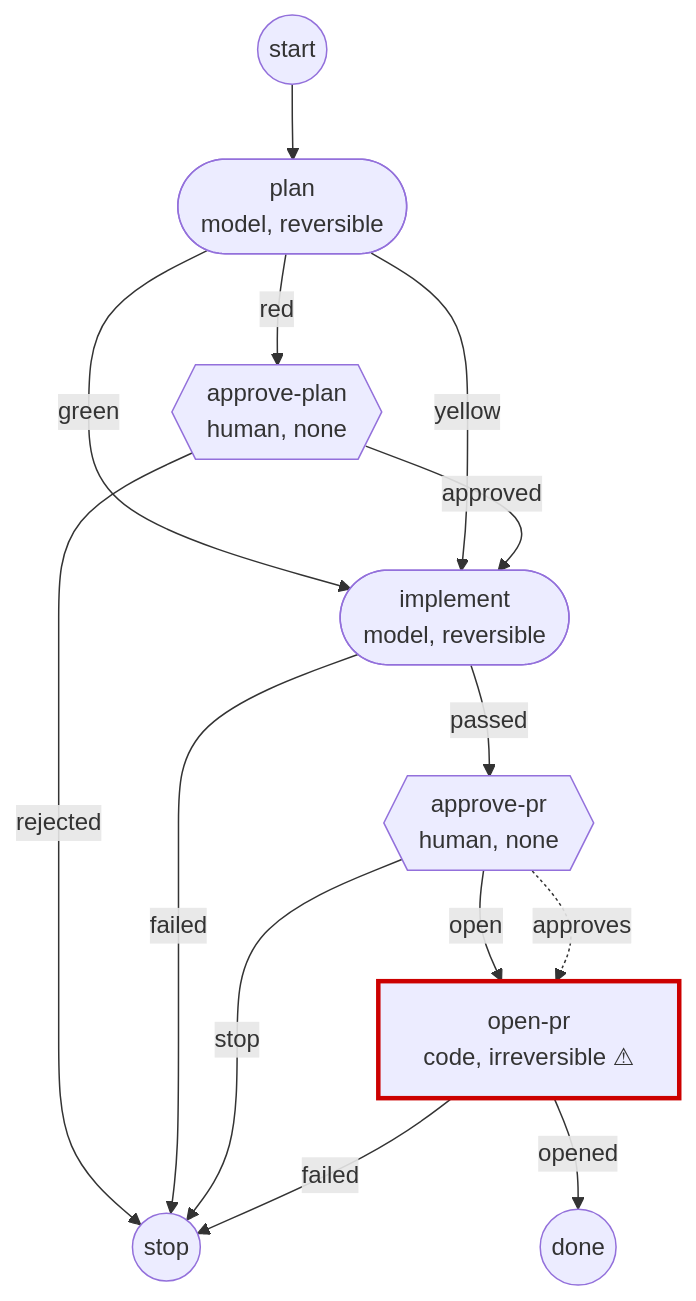
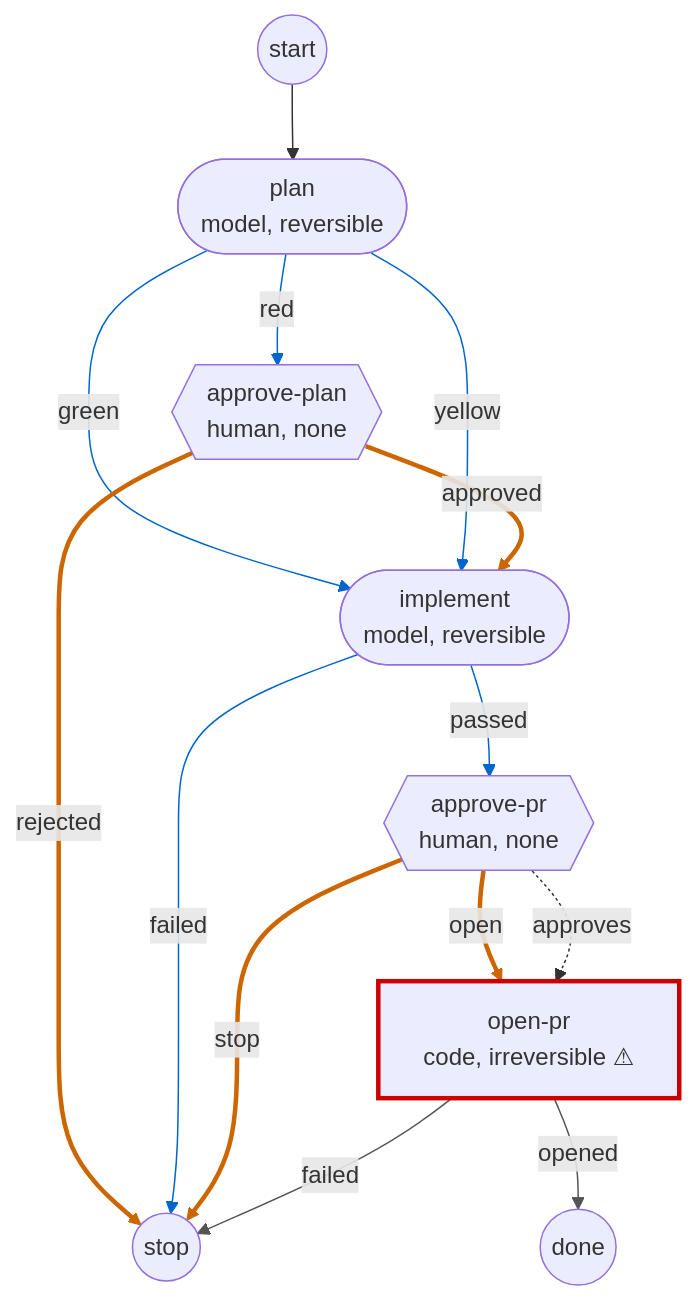
Before and after one commit to maxence-lefebvre/priory: the diagram in docs/prd.md, drawn with Mermaid. The commit also changed other lines of this file and 14 other files, not shown here.

````diff
--- a/docs/prd.md
+++ b/docs/prd.md
@@ -302,24 +303,27 @@
 ```mermaid
 flowchart TD
     classDef irreversible stroke:#c00,stroke-width:3px
     n0(["plan<br/>model, reversible"])
     n1{{"approve-plan<br/>human, none"}}
     n2(["implement<br/>model, reversible"])
     n3{{"approve-pr<br/>human, none"}}
     n4["open-pr<br/>code, irreversible ⚠"]:::irreversible
     done((done))
     stop((stop))
     start((start)) --> n0
     n0 -->|"green"| n2
     n0 -->|"red"| n1
     n0 -->|"yellow"| n2
     n1 -->|"approved"| n2
     n1 -->|"rejected"| stop
     n2 -->|"failed"| stop
     n2 -->|"passed"| n3
     n3 -->|"open"| n4
     n3 -->|"stop"| stop
     n3 -.->|approves| n4
     n4 -->|"failed"| stop
     n4 -->|"opened"| done
+    linkStyle 11,12 stroke:#555
+    linkStyle 1,2,3,6,7 stroke:#06c
+    linkStyle 4,5,8,9 stroke:#c60,stroke-width:3px
 ```
````
